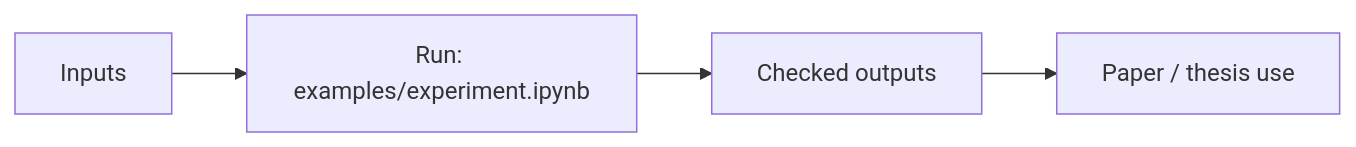
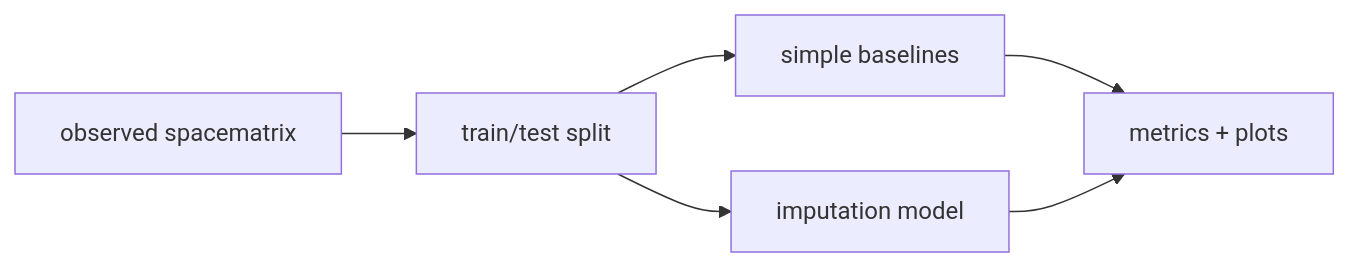
One commit to GeorgeKontsevik/sm-imputation changed the diagram in README.md. Above: the diagram before and after it, drawn with Mermaid. The commit also changed other lines of this file, not shown here.

Commit message:
Improve README diagrams and project descriptions

````diff
--- a/README.md
+++ b/README.md
@@ -7,6 +7,8 @@
 ```mermaid
 flowchart LR
-    A[Inputs] --> B[Run: examples/experiment.ipynb]
-    B --> C[Checked outputs]
-    C --> D[Paper / thesis use]
+    RAW[observed spacematrix] --> SPLIT[train/test split]
+    SPLIT --> BASE[simple baselines]
+    SPLIT --> MODEL[imputation model]
+    BASE --> COMPARE[metrics + plots]
+    MODEL --> COMPARE
 ```
````
